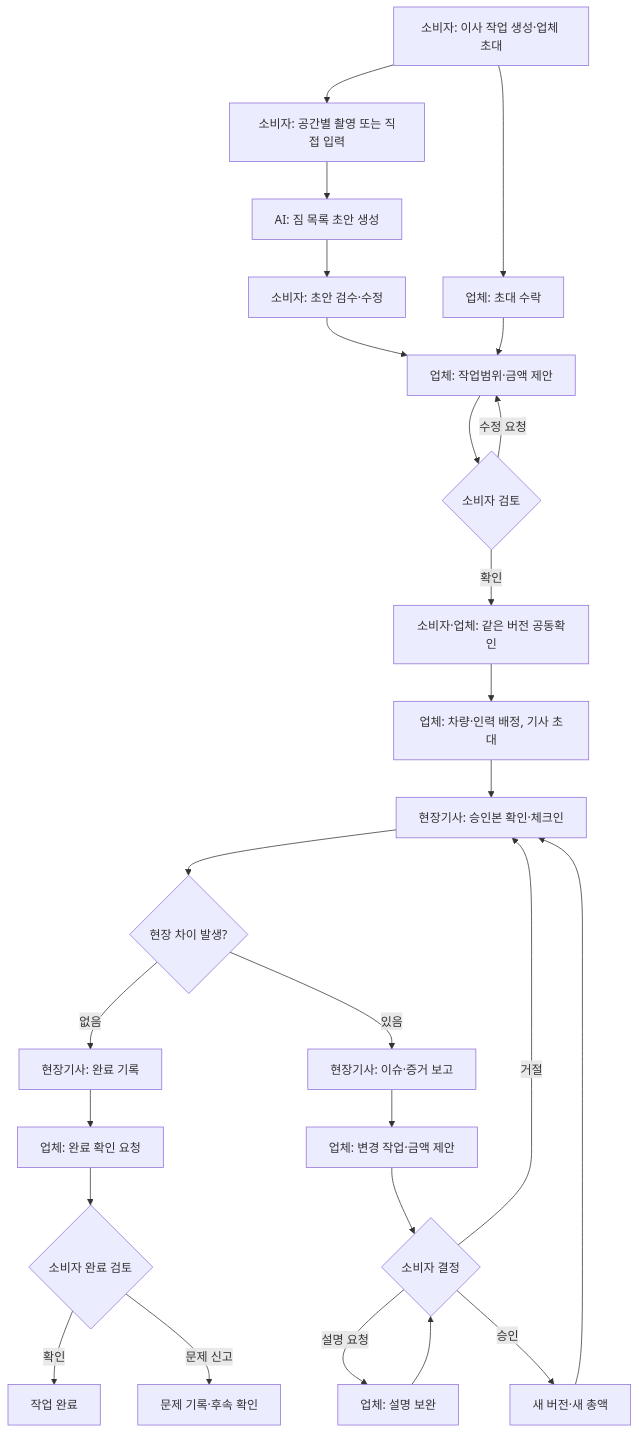
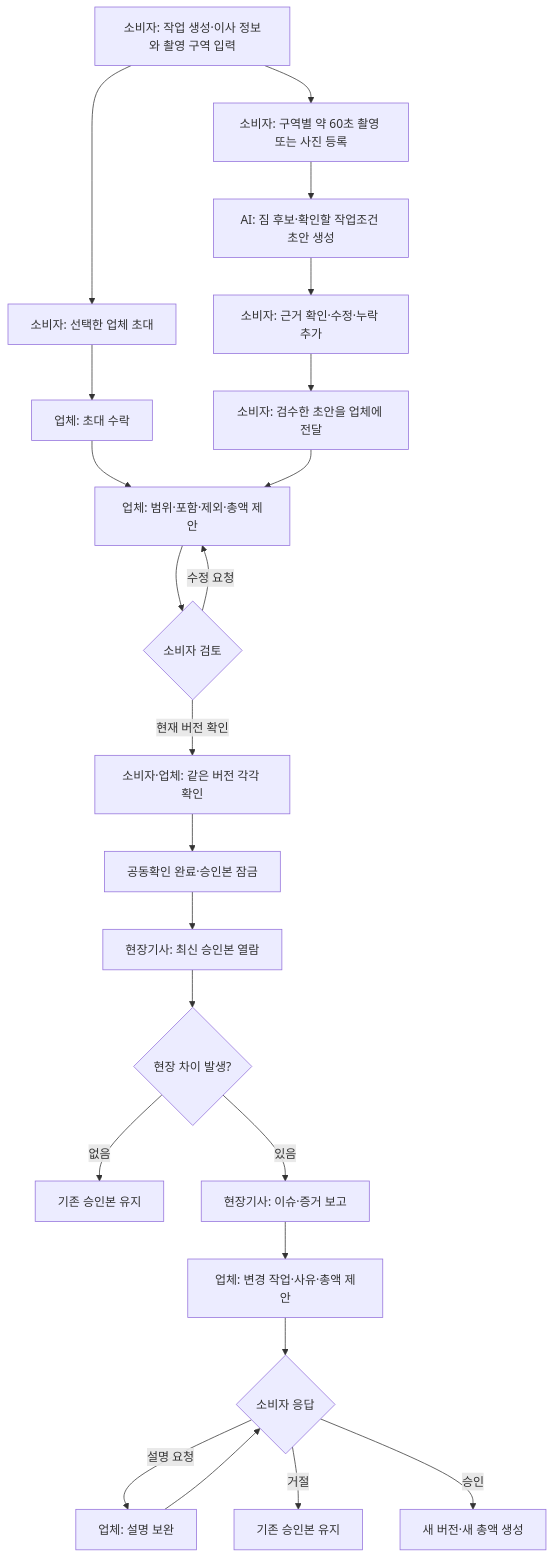
The diagram in docs/frontend-design-brief.md (SEQRETE-TUK/SEQRET_FE), drawn with Mermaid before and after one commit. The commit also changed other lines of this file and 64 other files, not shown here.

````diff
--- a/docs/frontend-design-brief.md
+++ b/docs/frontend-design-brief.md
@@ -68,28 +130,25 @@
 ```mermaid
 flowchart TD
-    A["소비자: 이사 작업 생성·업체 초대"] --> B["소비자: 공간별 촬영 또는 직접 입력"]
-    B --> C["AI: 짐 목록 초안 생성"]
-    C --> D["소비자: 초안 검수·수정"]
-    A --> E["업체: 초대 수락"]
-    D --> F["업체: 작업범위·금액 제안"]
-    E --> F
-    F --> G{"소비자 검토"}
-    G -->|수정 요청| F
-    G -->|확인| H["소비자·업체: 같은 버전 공동확인"]
-    H --> I["업체: 차량·인력 배정, 기사 초대"]
-    I --> J["현장기사: 승인본 확인·체크인"]
-    J --> K{"현장 차이 발생?"}
-    K -->|없음| P["현장기사: 완료 기록"]
-    K -->|있음| L["현장기사: 이슈·증거 보고"]
-    L --> M["업체: 변경 작업·금액 제안"]
-    M --> N{"소비자 결정"}
-    N -->|설명 요청| O["업체: 설명 보완"]
-    O --> N
-    N -->|거절| J
-    N -->|승인| Q["새 버전·새 총액"]
-    Q --> J
-    P --> R["업체: 완료 확인 요청"]
-    R --> S{"소비자 완료 검토"}
-    S -->|확인| T["작업 완료"]
-    S -->|문제 신고| U["문제 기록·후속 확인"]
+    A["소비자: 작업 생성·이사 정보와 촬영 구역 입력"] --> B["소비자: 구역별 약 60초 촬영 또는 사진 등록"]
+    B --> C["AI: 짐 후보·확인할 작업조건 초안 생성"]
+    C --> D["소비자: 근거 확인·수정·누락 추가"]
+    A --> E["소비자: 선택한 업체 초대"]
+    E --> F["업체: 초대 수락"]
+    D --> G["소비자: 검수한 초안을 업체에 전달"]
+    F --> H["업체: 범위·포함·제외·총액 제안"]
+    G --> H
+    H --> I{"소비자 검토"}
+    I -->|수정 요청| H
+    I -->|현재 버전 확인| J["소비자·업체: 같은 버전 각각 확인"]
+    J --> K["공동확인 완료·승인본 잠금"]
+    K --> L["현장기사: 최신 승인본 열람"]
+    L --> M{"현장 차이 발생?"}
+    M -->|없음| N["기존 승인본 유지"]
+    M -->|있음| O["현장기사: 이슈·증거 보고"]
+    O --> P["업체: 변경 작업·사유·총액 제안"]
+    P --> Q{"소비자 응답"}
+    Q -->|설명 요청| R["업체: 설명 보완"]
+    R --> Q
+    Q -->|거절| S["기존 승인본 유지"]
+    Q -->|승인| T["새 버전·새 총액 생성"]
 ```
````
